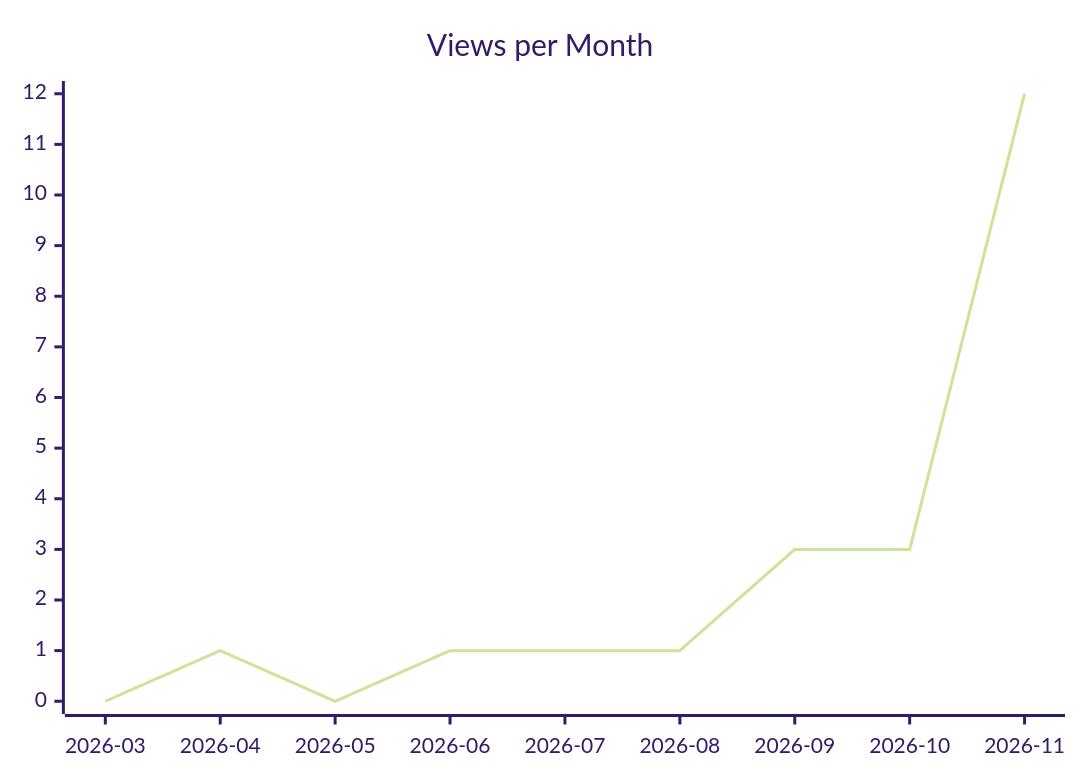
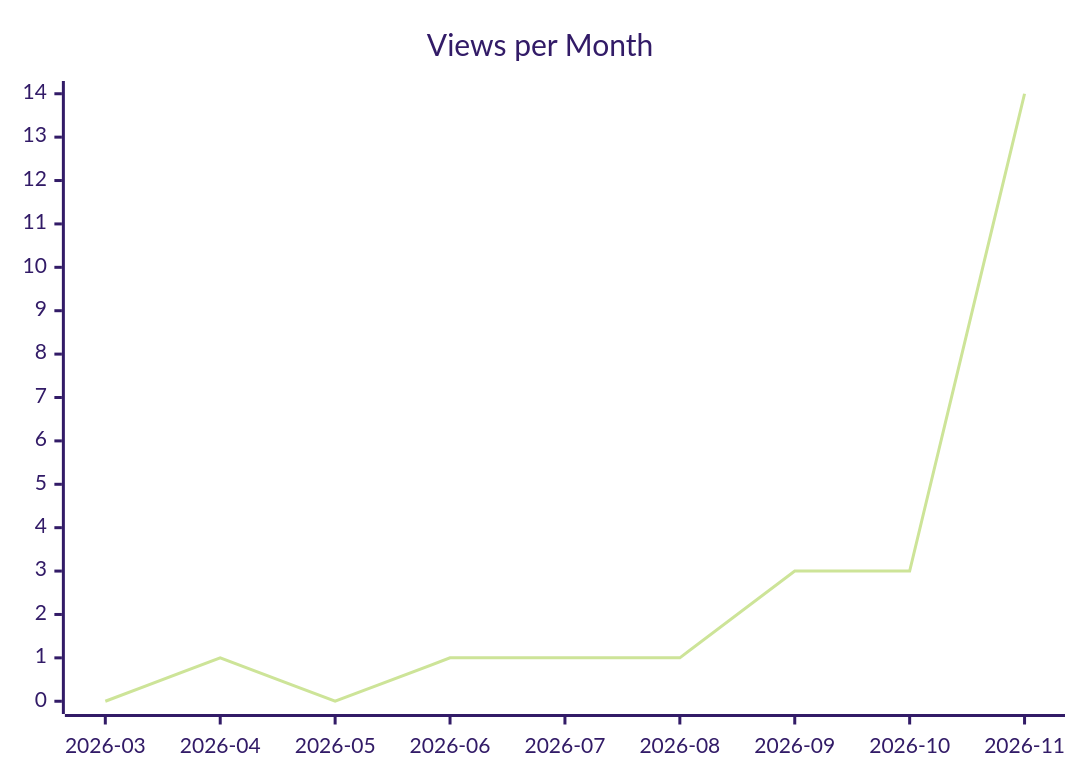
The second of 3 diagrams in karlmdavis/ansible-role-rcm-dotfiles/README.md (justdavis-family/github-analytics-data), drawn with Mermaid (forest theme) before and after one commit. The commit also changed other lines of this file and 187 other files, not shown here.

````diff
--- a/karlmdavis/ansible-role-rcm-dotfiles/README.md
+++ b/karlmdavis/ansible-role-rcm-dotfiles/README.md
@@ -12,6 +12,6 @@
 ```mermaid
 xychart-beta
   title "Views per Month"
   x-axis ["2026-03", "2026-04", "2026-05", "2026-06", "2026-07", "2026-08", "2026-09", "2026-10", "2026-11"]
-  line [0, 1, 0, 1, 1, 1, 3, 3, 12]
+  line [0, 1, 0, 1, 1, 1, 3, 3, 14]
 ```
````
